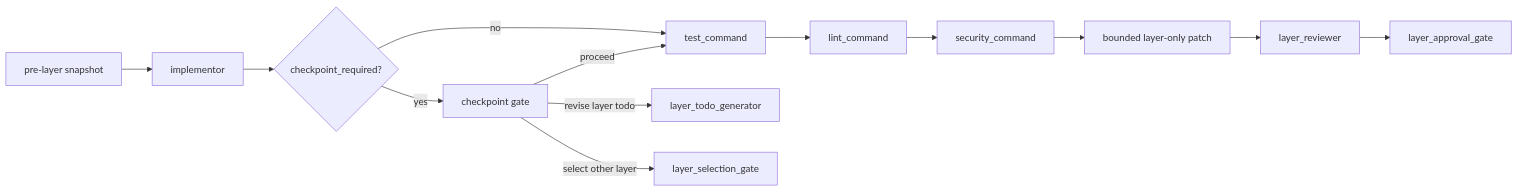
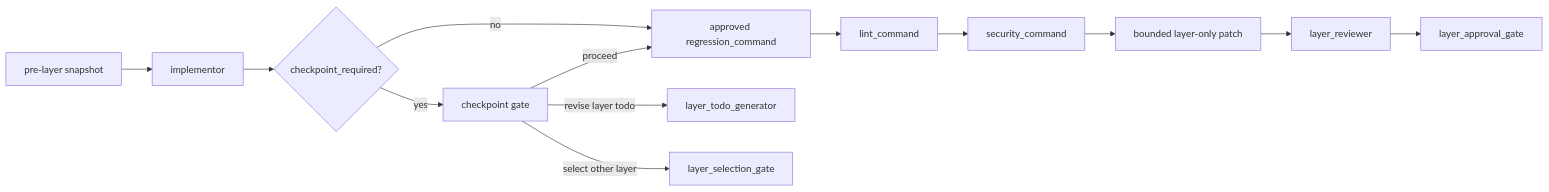
Diagram 17 of 18 in docs/operator-guide.md (cdespona/conductor-layered-tdd), drawn with Mermaid before and after one commit. The commit also changed other lines of this file and 18 other files, not shown here.

````diff
--- a/docs/operator-guide.md
+++ b/docs/operator-guide.md
@@ -754,15 +771,15 @@
 ```mermaid
 flowchart LR
     Snapshot["pre-layer snapshot"] --> Implementor["implementor"]
     Implementor --> Checkpoint{"checkpoint_required?"}
     Checkpoint -- "yes" --> CheckpointGate["checkpoint gate"]
-    Checkpoint -- "no" --> Tests["test_command"]
+    Checkpoint -- "no" --> Tests["approved regression_command"]
     CheckpointGate -->|"proceed"| Tests
     CheckpointGate -->|"revise layer todo"| Todo["layer_todo_generator"]
     CheckpointGate -->|"select other layer"| Select["layer_selection_gate"]
     Tests --> Lint["lint_command"]
     Lint --> Security["security_command"]
     Security --> Diff["bounded layer-only patch"]
     Diff --> Reviewer["layer_reviewer"]
     Reviewer --> Approval["layer_approval_gate"]
 ```
````
